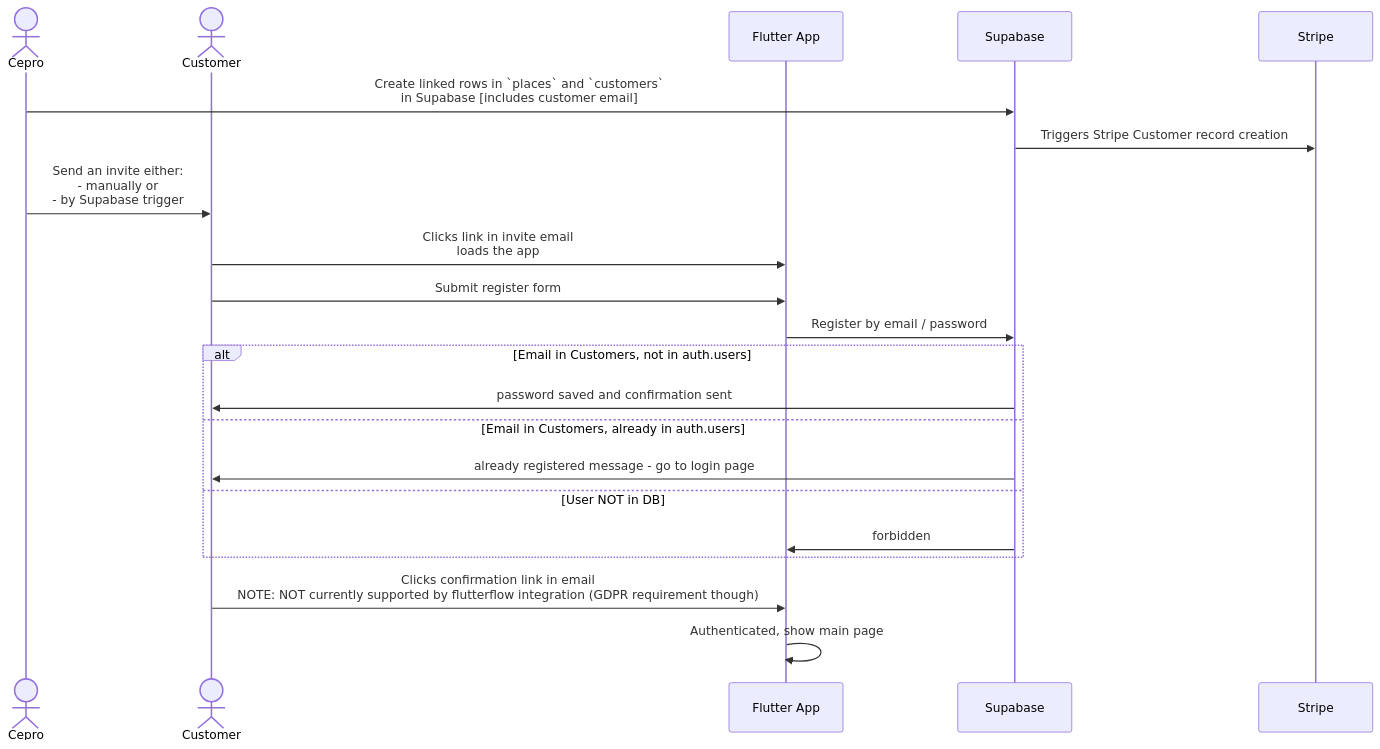
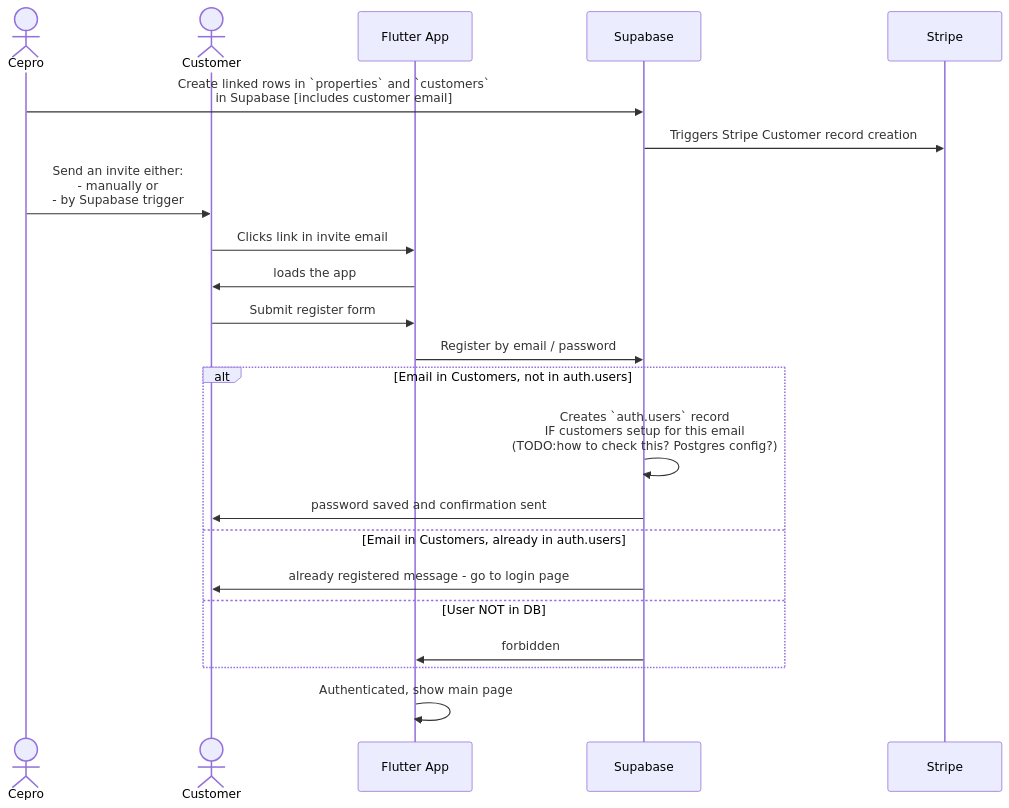
The diagram in docs/onboard-flow.md (cepro/simt-myenergy-app), drawn with Mermaid before and after one commit.

Commit message:
update the onboard flow

````diff
--- a/docs/onboard-flow.md
+++ b/docs/onboard-flow.md
@@ -9,28 +9,30 @@
 ```mermaid
 sequenceDiagram
     actor Cepro
     actor Customer
     participant App as Flutter App
     participant Supabase
     participant Stripe
     
-    Cepro->>Supabase: Create linked rows in `places` and `customers`<br/> in Supabase [includes customer email]
+    Cepro->>Supabase: Create linked rows in `properties` and `customers`<br/> in Supabase [includes customer email]
     Supabase->>Stripe: Triggers Stripe Customer record creation
 
     Cepro->>Customer: Send an invite either:<br/>- manually or<br/>- by Supabase trigger
     
-    Customer->>App: Clicks link in invite email<br/>loads the app
+    Customer->>App: Clicks link in invite email
+    App->>Customer: loads the app
     Customer->>App: Submit register form
     
     App->>Supabase: Register by email / password
+
     alt Email in Customers, not in auth.users
+      Supabase->>Supabase: Creates `auth.users` record<br/>IF customers setup for this email<br/>(TODO:how to check this? Postgres config?)
       Supabase->>Customer: password saved and confirmation sent
     else Email in Customers, already in auth.users
       Supabase->>Customer: already registered message - go to login page
     else User NOT in DB
       Supabase->>App: forbidden
     end
 
-   Customer->>App: Clicks confirmation link in email<br/>NOTE: NOT currently supported by flutterflow integration (GDPR requirement though)
    App->>App: Authenticated, show main page
 ```
````
